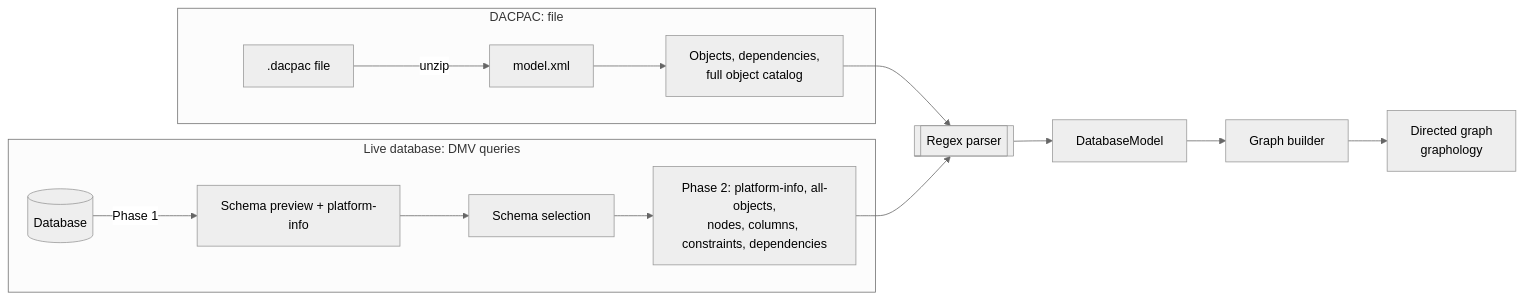
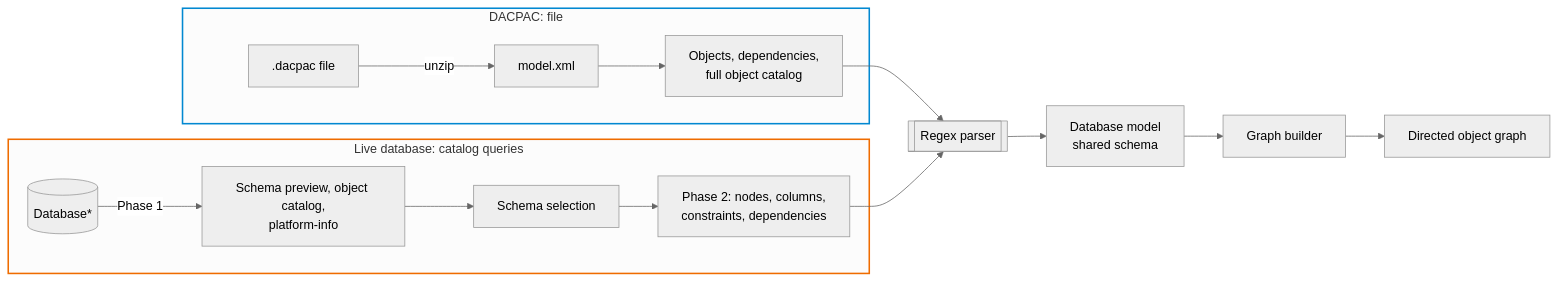
One commit to ChrisDevRepo/vscode_data_lineage changed the first of 3 diagrams in docs/DEVELOPER_GUIDE.md. Above: the diagram before and after it, drawn with Mermaid (neutral theme). The commit also changed other lines of this file and 13 other files, not shown here.

````diff
--- a/docs/DEVELOPER_GUIDE.md
+++ b/docs/DEVELOPER_GUIDE.md
@@ -46,16 +51,19 @@
 ```mermaid
 flowchart LR
     subgraph DACPAC[DACPAC: file]
         DP[.dacpac file] -->|unzip| MX[model.xml]
         MX --> DX[Objects, dependencies,<br/>full object catalog]
     end
-    subgraph LIVE[Live database: DMV queries]
-        SRV[(Database)] -->|Phase 1| CAT[Schema preview + platform-info]
+    subgraph LIVE[Live database: catalog queries]
+        SRV[(Database*)] -->|Phase 1| CAT[Schema preview, object catalog,<br/>platform-info]
         CAT --> SEL[Schema selection]
-        SEL --> DDL[Phase 2: platform-info, all-objects,<br/>nodes, columns, constraints, dependencies]
+        SEL --> DDL[Phase 2: nodes, columns,<br/>constraints, dependencies]
     end
     DX --> PARSE[[Regex parser]]
     DDL --> PARSE
-    PARSE --> DM[DatabaseModel]
-    DM --> GB[Graph builder] --> G[Directed graph<br/>graphology]
+    PARSE --> DM[Database model<br/>shared schema]
+    DM --> GB[Graph builder] --> G[Directed object graph]
+
+    style DACPAC stroke:#0288d1,stroke-width:2px
+    style LIVE stroke:#ef6c00,stroke-width:2px
 ```
````
